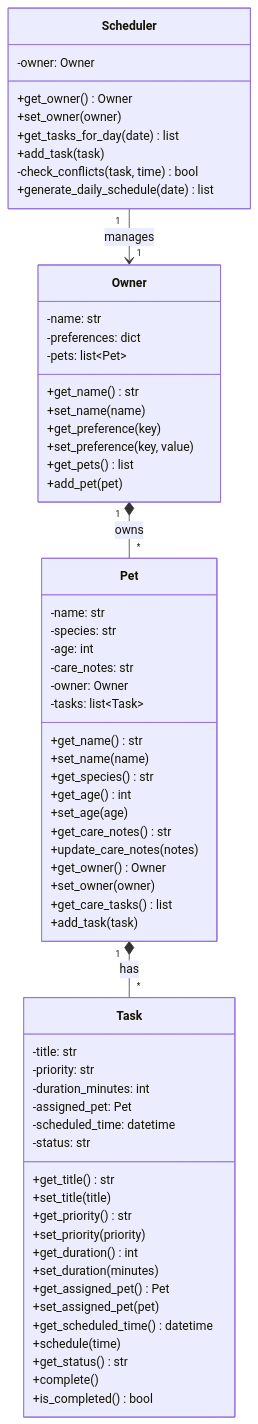
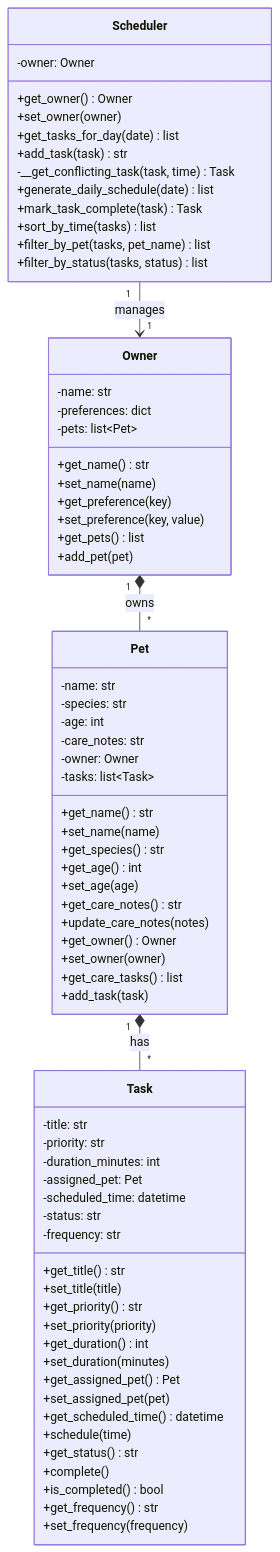
One commit to MelodyW2022/ai110-module2show-pawpal-starter changed the diagram in UML.md. Above: the diagram before and after it, drawn with Mermaid.

Commit message:
design: update UML diagram to reflect final class relationships and methods

````diff
--- a/UML.md
+++ b/UML.md
@@ -3,70 +3,77 @@
 ```mermaid
 classDiagram
     class Owner {
         -name: str
         -preferences: dict
         -pets: list~Pet~
         +get_name() str
         +set_name(name)
         +get_preference(key)
         +set_preference(key, value)
         +get_pets() list
         +add_pet(pet)
     }
 
     class Pet {
         -name: str
         -species: str
         -age: int
         -care_notes: str
         -owner: Owner
         -tasks: list~Task~
         +get_name() str
         +set_name(name)
         +get_species() str
         +get_age() int
         +set_age(age)
         +get_care_notes() str
         +update_care_notes(notes)
         +get_owner() Owner
         +set_owner(owner)
         +get_care_tasks() list
         +add_task(task)
     }
 
     class Task {
         -title: str
         -priority: str
         -duration_minutes: int
         -assigned_pet: Pet
         -scheduled_time: datetime
         -status: str
+        -frequency: str
         +get_title() str
         +set_title(title)
         +get_priority() str
         +set_priority(priority)
         +get_duration() int
         +set_duration(minutes)
         +get_assigned_pet() Pet
         +set_assigned_pet(pet)
         +get_scheduled_time() datetime
         +schedule(time)
         +get_status() str
         +complete()
         +is_completed() bool
+        +get_frequency() str
+        +set_frequency(frequency)
     }
 
     class Scheduler {
         -owner: Owner
         +get_owner() Owner
         +set_owner(owner)
         +get_tasks_for_day(date) list
-        +add_task(task)
-        -check_conflicts(task, time) bool
+        +add_task(task) str
+        -__get_conflicting_task(task, time) Task
         +generate_daily_schedule(date) list
+        +mark_task_complete(task) Task
+        +sort_by_time(tasks) list
+        +filter_by_pet(tasks, pet_name) list
+        +filter_by_status(tasks, status) list
     }
 
     Owner "1" *-- "*" Pet : owns
     Pet "1" *-- "*" Task : has
     Scheduler "1" --> "1" Owner : manages
 ```
````
